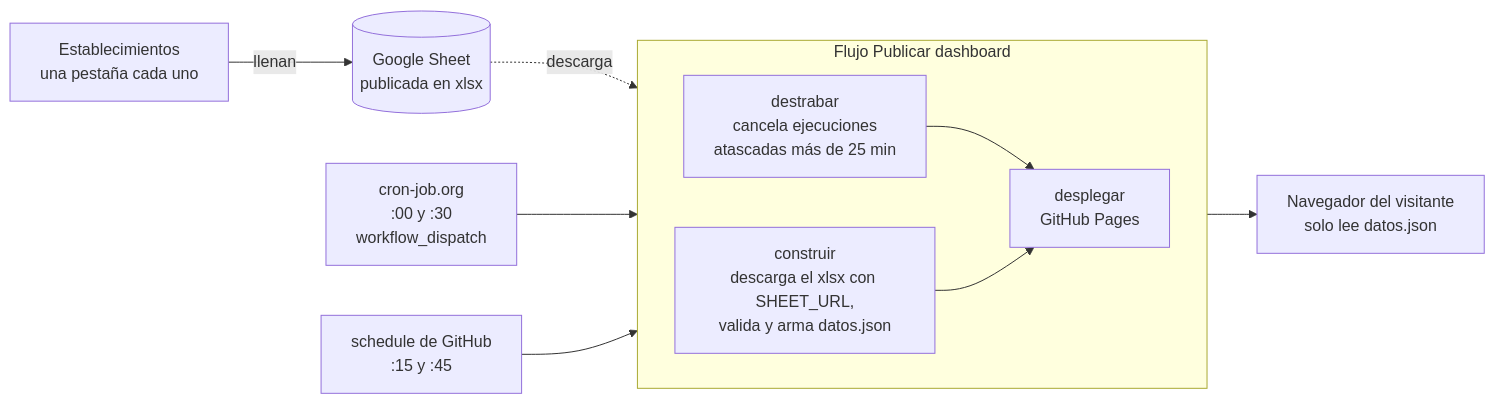
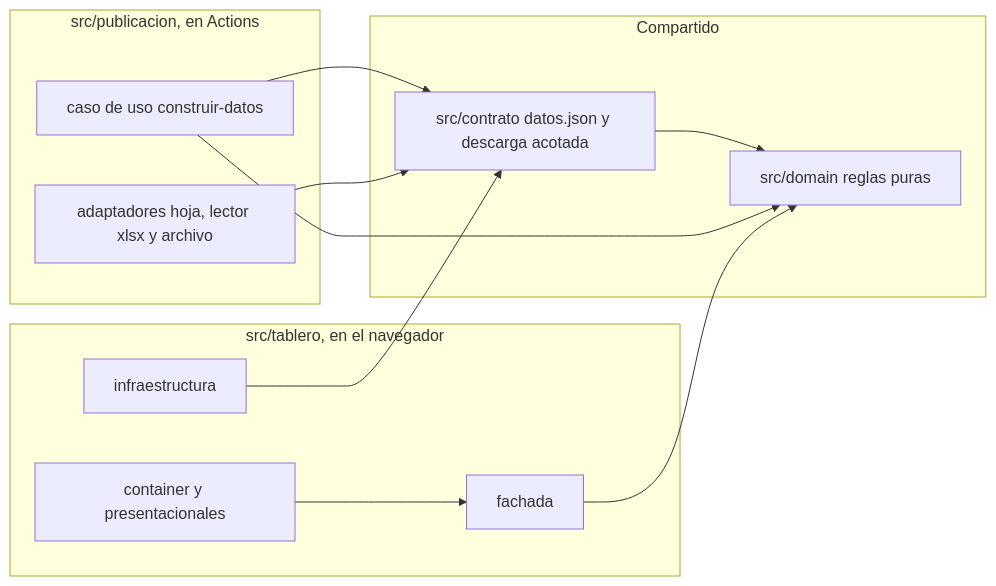
Before and after one commit to Alexis-VsCode/turismo-patate: the second of 2 diagrams in README.md, drawn with Mermaid. The commit also changed other lines of this file and 21 other files, not shown here.

Commit message:
docs: documentación de la versión 2.9 con la arquitectura nueva, la ADR 010, diagramas Mermaid, filtros facetados, protección de la hoja y avisos del lector

````diff
--- a/README.md
+++ b/README.md
@@ -86,16 +185,23 @@
 ```mermaid
 flowchart LR
-    A[Establecimientos<br/>una pestaña cada uno] -->|llenan| B[(Google Sheet<br/>publicada en xlsx)]
-    CJ[cron-job.org<br/>:00 y :30<br/>workflow_dispatch] --> F
-    GS[schedule de GitHub<br/>:15 y :45] --> F
-    subgraph F[Flujo Publicar dashboard]
-        direction LR
-        X[destrabar<br/>cancela ejecuciones<br/>atascadas más de 25 min]
-        C[construir<br/>descarga el xlsx con SHEET_URL,<br/>valida y arma datos.json]
-        D[desplegar<br/>GitHub Pages]
-        X --> D
-        C --> D
+    subgraph Compartido
+        D[src/domain reglas puras]
+        C[src/contrato datos.json y descarga acotada]
     end
-    B -.->|descarga| C
-    D --> E[Navegador del visitante<br/>solo lee datos.json]
+    subgraph Publicacion[src/publicacion, en Actions]
+        UC[caso de uso construir-datos]
+        AD[adaptadores hoja, lector xlsx y archivo]
+    end
+    subgraph Tablero[src/tablero, en el navegador]
+        F[fachada]
+        K[container y presentacionales]
+        I[infraestructura]
+    end
+    UC --> C
+    AD --> C
+    C --> D
+    UC --> D
+    K --> F
+    F --> D
+    I --> C
 ```
````
